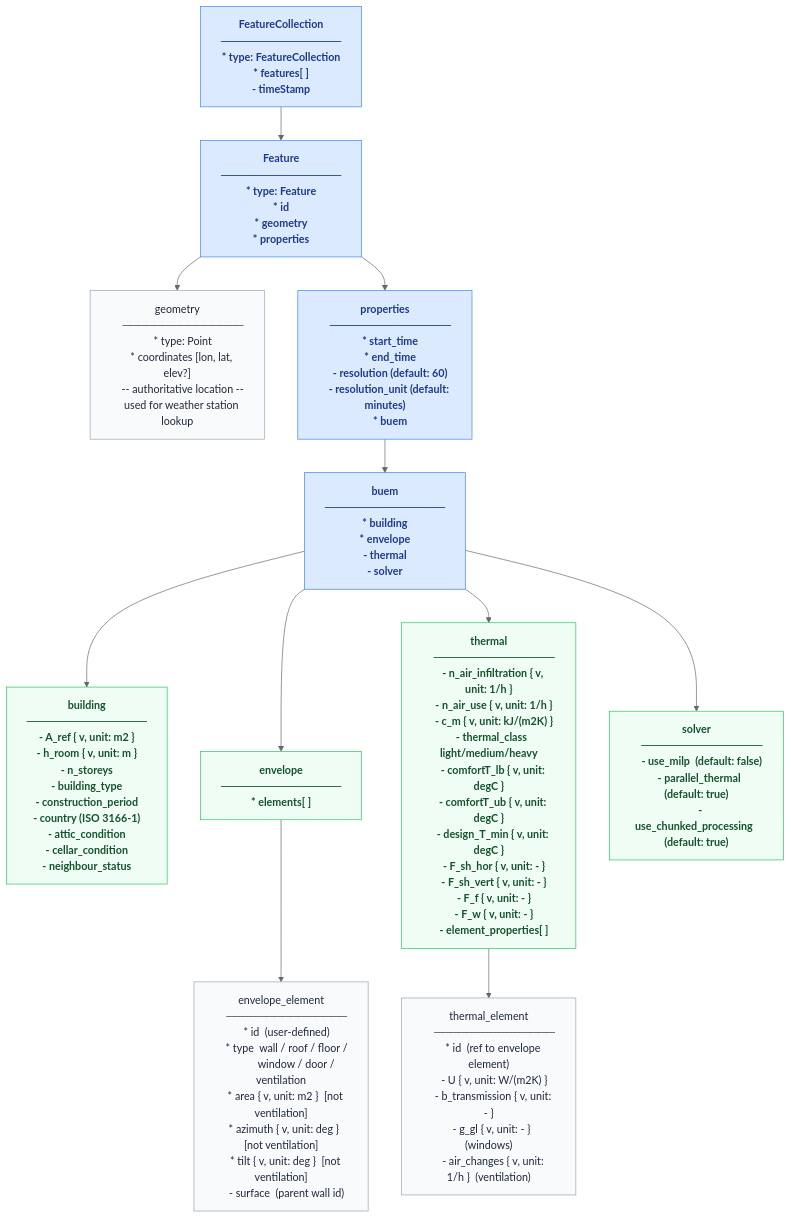
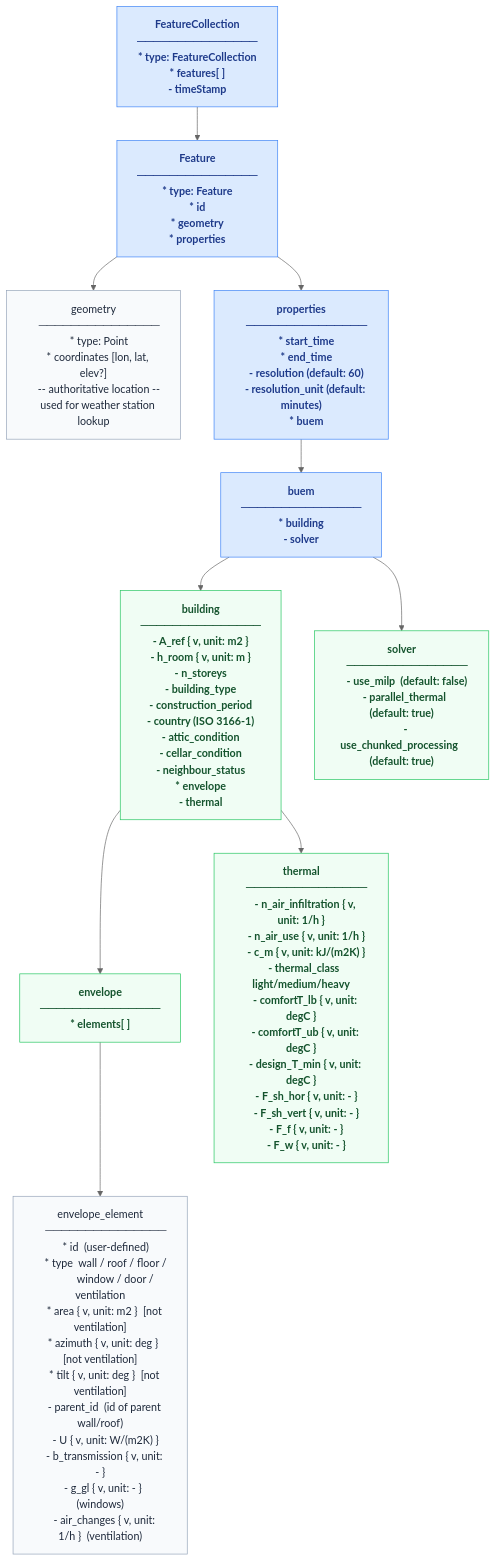
One commit to enerplanet/buem-gateway changed the first of 3 diagrams in SCHEMA_OVERVIEW.md. Above: the diagram before and after it, drawn with Mermaid (neutral theme). The commit also changed other lines of this file, not shown here.

Commit message:
Update BUEM v3 schema overview: Refine request and response structures, clarify envelope and thermal properties

````diff
--- a/SCHEMA_OVERVIEW.md
+++ b/SCHEMA_OVERVIEW.md
@@ -49,8 +50,6 @@
     BUEM["buem
     ───────────────
     * building
-    * envelope
-    - thermal
     - solver"]:::obj
 
     BUILD["building
@@ -63,7 +62,9 @@
     - country (ISO 3166-1)
     - attic_condition
     - cellar_condition
-    - neighbour_status"]:::sep
+    - neighbour_status
+    * envelope
+    - thermal"]:::sep
 
     ENV["envelope
     ───────────────
@@ -77,7 +78,11 @@
     * area { v, unit: m2 }  [not ventilation]
     * azimuth { v, unit: deg }  [not ventilation]
     * tilt { v, unit: deg }  [not ventilation]
-    - surface  (parent wall id)"]:::leaf
+    - parent_id  (id of parent wall/roof)
+    - U { v, unit: W/(m2K) }
+    - b_transmission { v, unit: - }
+    - g_gl { v, unit: - }  (windows)
+    - air_changes { v, unit: 1/h }  (ventilation)"]:::leaf
 
     THERM["thermal
     ───────────────
@@ -91,16 +96,7 @@
     - F_sh_hor { v, unit: - }
     - F_sh_vert { v, unit: - }
     - F_f { v, unit: - }
-    - F_w { v, unit: - }
-    - element_properties[ ]"]:::sep
-
-    TEL["thermal_element
-    ───────────────
-    * id  (ref to envelope element)
-    - U { v, unit: W/(m2K) }
-    - b_transmission { v, unit: - }
-    - g_gl { v, unit: - }  (windows)
-    - air_changes { v, unit: 1/h }  (ventilation)"]:::leaf
+    - F_w { v, unit: - }"]:::sep
 
     SOLV["solver
     ───────────────
@@ -113,9 +109,8 @@
     FEAT --> PROPS
     PROPS --> BUEM
     BUEM --> BUILD
-    BUEM --> ENV
-    BUEM --> THERM
     BUEM --> SOLV
+    BUILD --> ENV
+    BUILD --> THERM
     ENV --> EL
-    THERM --> TEL
 ```
````
